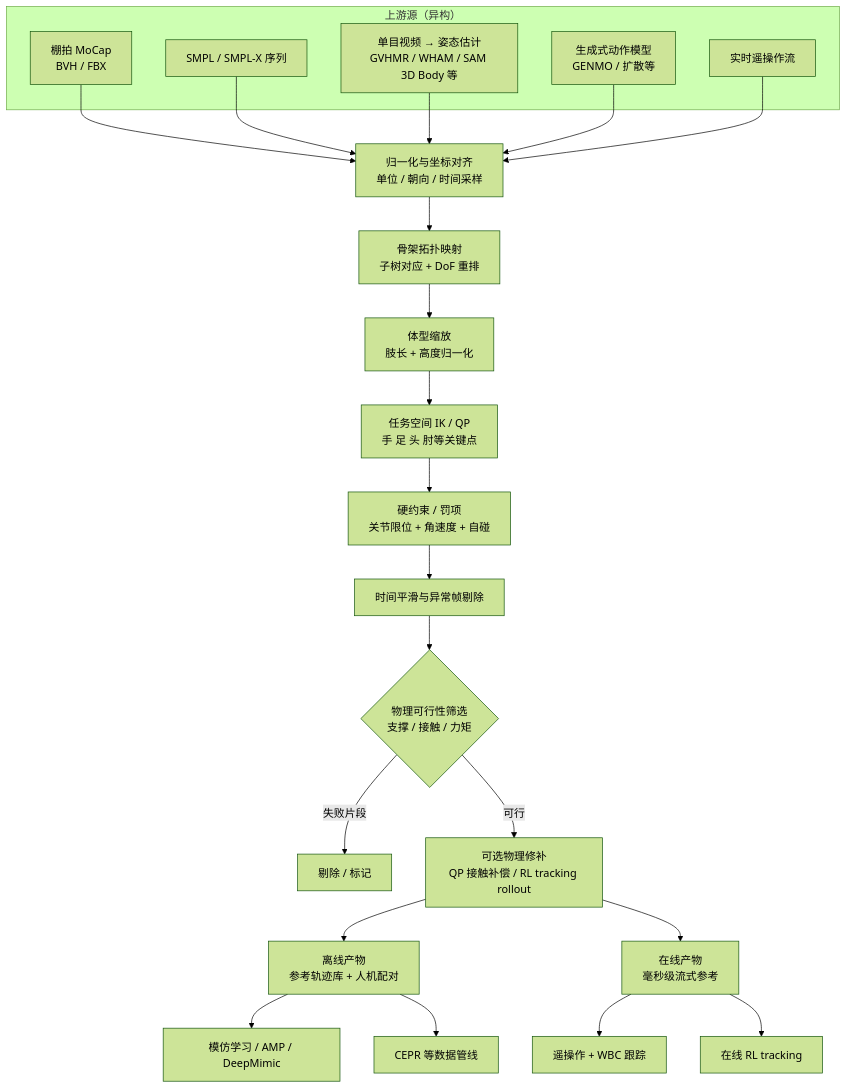
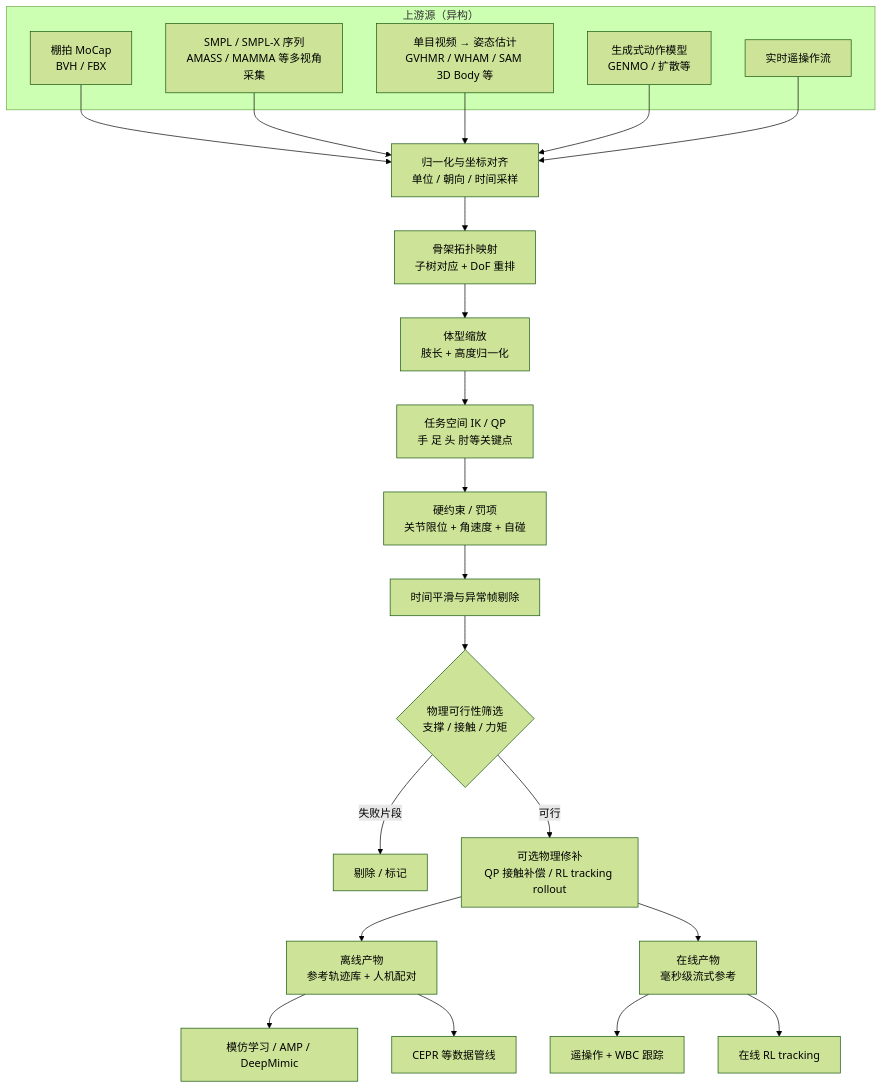
Before and after one commit to ImChong/Robotics_Notebooks: the diagram in wiki/concepts/motion-retargeting-pipeline.md, drawn with Mermaid (forest theme). The commit also changed other lines of this file and 23 other files, not shown here.

Commit message:
[2026-06-09] ingest | sources/papers/mamma_arxiv_2506_13040.md — MAMMA markerless 多视角双人 SMPL-X 采集入库并建实体页

````diff
--- a/wiki/concepts/motion-retargeting-pipeline.md
+++ b/wiki/concepts/motion-retargeting-pipeline.md
@@ -61,34 +62,34 @@
 ```mermaid
 flowchart TD
   subgraph src["上游源（异构）"]
     A1[棚拍 MoCap<br/>BVH / FBX]
-    A2[SMPL / SMPL-X 序列]
+    A2[SMPL / SMPL-X 序列<br/>AMASS / MAMMA 等多视角采集]
     A3[单目视频 → 姿态估计<br/>GVHMR / WHAM / SAM 3D Body 等]
     A4[生成式动作模型<br/>GENMO / 扩散等]
     A5[实时遥操作流]
   end
 
   A1 --> N[归一化与坐标对齐<br/>单位 / 朝向 / 时间采样]
   A2 --> N
   A3 --> N
   A4 --> N
   A5 --> N
 
   N --> T[骨架拓扑映射<br/>子树对应 + DoF 重排]
   T --> S[体型缩放<br/>肢长 + 高度归一化]
   S --> IK[任务空间 IK / QP<br/>手 足 头 肘等关键点]
   IK --> C[硬约束 / 罚项<br/>关节限位 + 角速度 + 自碰]
   C --> Smooth[时间平滑与异常帧剔除]
 
   Smooth --> Phys{物理可行性筛选<br/>支撑 / 接触 / 力矩}
   Phys -->|失败片段| Drop[剔除 / 标记]
   Phys -->|可行| Refine[可选物理修补<br/>QP 接触补偿 / RL tracking rollout]
 
   Refine --> Out1[离线产物<br/>参考轨迹库 + 人机配对]
   Refine --> Out2[在线产物<br/>毫秒级流式参考]
 
   Out1 --> D1[模仿学习 / AMP / DeepMimic]
   Out1 --> D2[CEPR 等数据管线]
   Out2 --> D3[遥操作 + WBC 跟踪]
   Out2 --> D4[在线 RL tracking]
 ```
````
